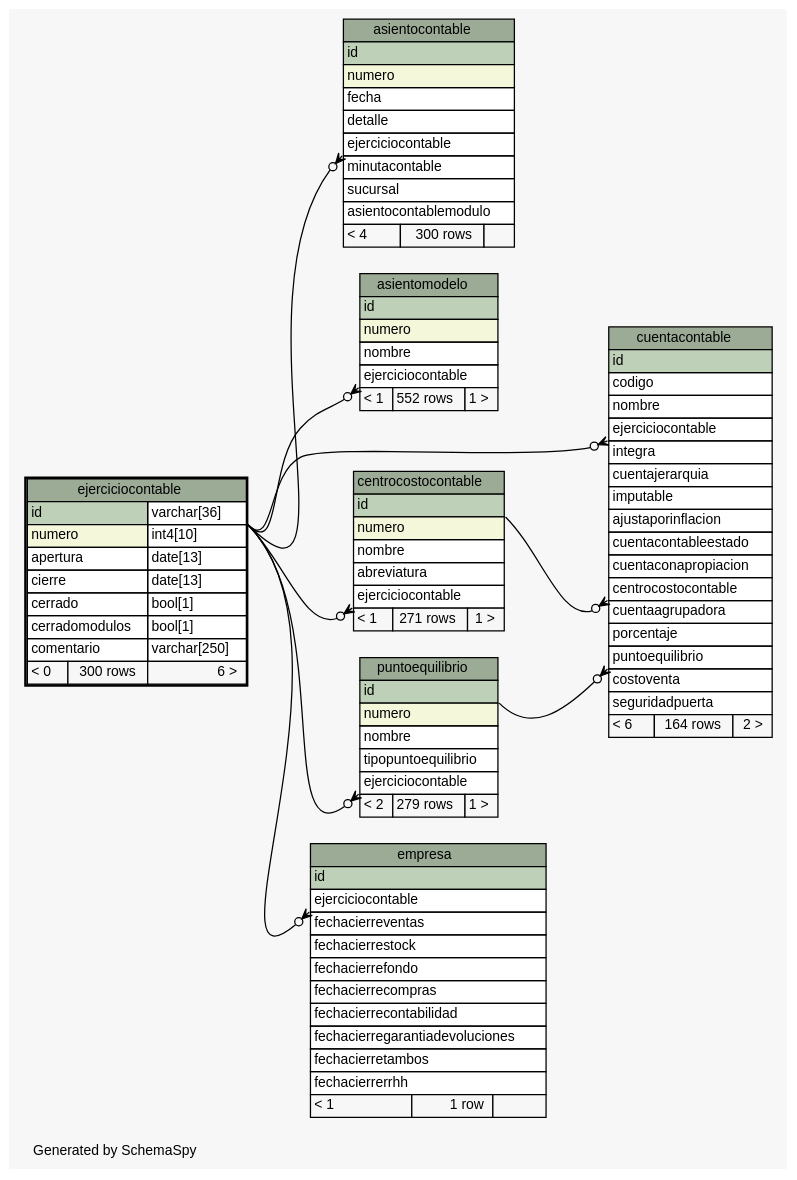
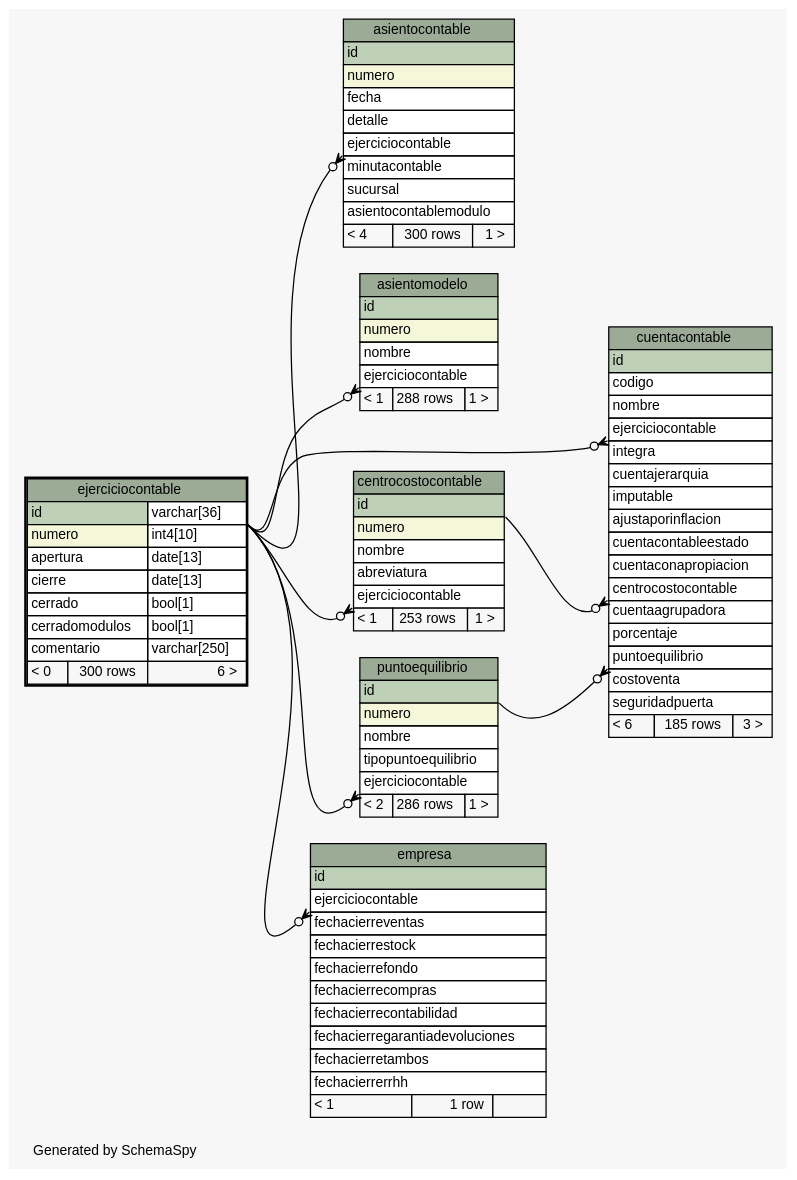
One commit to diegopablomansilla/massoftware_front changed the diagram in postgresql/schemaSpy/salida/diagrams/ejerciciocontable.1degree.dot. Above: the diagram before and after it, drawn with Graphviz. The commit also changed 546 other files, not shown here.

```diff
--- a/postgresql/schemaSpy/salida/diagrams/ejerciciocontable.1degree.dot
+++ b/postgresql/schemaSpy/salida/diagrams/ejerciciocontable.1degree.dot
@@ -1,148 +1,148 @@
 // dot 2.2.1 on Windows 10 10.0
 // SchemaSpy rev 590
 digraph "oneDegreeRelationshipsDiagram" {
   graph [
     rankdir="RL"
     bgcolor="#f7f7f7"
     label="\nGenerated by SchemaSpy"
     labeljust="l"
     nodesep="0.18"
     ranksep="0.46"
     fontname="Helvetica"
     fontsize="11"
   ];
   node [
     fontname="Helvetica"
     fontsize="11"
     shape="plaintext"
   ];
   edge [
     arrowsize="0.8"
   ];
   "asientocontable":"ejerciciocontable":sw -> "ejerciciocontable":"id.type":se [arrowhead=none dir=back arrowtail=crowodot];
   "asientomodelo":"ejerciciocontable":sw -> "ejerciciocontable":"id.type":se [arrowhead=none dir=back arrowtail=crowodot];
   "centrocostocontable":"ejerciciocontable":sw -> "ejerciciocontable":"id.type":se [arrowhead=none dir=back arrowtail=crowodot];
   "cuentacontable":"centrocostocontable":sw -> "centrocostocontable":"id":se [arrowhead=none dir=back arrowtail=crowodot];
   "cuentacontable":"ejerciciocontable":sw -> "ejerciciocontable":"id.type":se [arrowhead=none dir=back arrowtail=crowodot];
   "cuentacontable":"puntoequilibrio":sw -> "puntoequilibrio":"id":se [arrowhead=none dir=back arrowtail=crowodot];
   "empresa":"ejerciciocontable":sw -> "ejerciciocontable":"id.type":se [arrowhead=none dir=back arrowtail=crowodot];
   "puntoequilibrio":"ejerciciocontable":sw -> "ejerciciocontable":"id.type":se [arrowhead=none dir=back arrowtail=crowodot];
   "asientocontable" [
     label=<
     <TABLE BORDER="0" CELLBORDER="1" CELLSPACING="0" BGCOLOR="#ffffff">
       <TR><TD COLSPAN="3" BGCOLOR="#9bab96" ALIGN="CENTER">asientocontable</TD></TR>
       <TR><TD PORT="id" COLSPAN="3" BGCOLOR="#bed1b8" ALIGN="LEFT">id</TD></TR>
       <TR><TD PORT="numero" COLSPAN="3" BGCOLOR="#f4f7da" ALIGN="LEFT">numero</TD></TR>
       <TR><TD PORT="fecha" COLSPAN="3" ALIGN="LEFT">fecha</TD></TR>
       <TR><TD PORT="detalle" COLSPAN="3" ALIGN="LEFT">detalle</TD></TR>
       <TR><TD PORT="ejerciciocontable" COLSPAN="3" ALIGN="LEFT">ejerciciocontable</TD></TR>
       <TR><TD PORT="minutacontable" COLSPAN="3" ALIGN="LEFT">minutacontable</TD></TR>
       <TR><TD PORT="sucursal" COLSPAN="3" ALIGN="LEFT">sucursal</TD></TR>
       <TR><TD PORT="asientocontablemodulo" COLSPAN="3" ALIGN="LEFT">asientocontablemodulo</TD></TR>
-      <TR><TD ALIGN="LEFT" BGCOLOR="#f7f7f7">&lt; 4</TD><TD ALIGN="RIGHT" BGCOLOR="#f7f7f7">300 rows</TD><TD ALIGN="RIGHT" BGCOLOR="#f7f7f7">  </TD></TR>
+      <TR><TD ALIGN="LEFT" BGCOLOR="#f7f7f7">&lt; 4</TD><TD ALIGN="RIGHT" BGCOLOR="#f7f7f7">300 rows</TD><TD ALIGN="RIGHT" BGCOLOR="#f7f7f7">1 &gt;</TD></TR>
     </TABLE>>
     URL="asientocontable.html"
     tooltip="asientocontable"
   ];
   "asientomodelo" [
     label=<
     <TABLE BORDER="0" CELLBORDER="1" CELLSPACING="0" BGCOLOR="#ffffff">
       <TR><TD COLSPAN="3" BGCOLOR="#9bab96" ALIGN="CENTER">asientomodelo</TD></TR>
       <TR><TD PORT="id" COLSPAN="3" BGCOLOR="#bed1b8" ALIGN="LEFT">id</TD></TR>
       <TR><TD PORT="numero" COLSPAN="3" BGCOLOR="#f4f7da" ALIGN="LEFT">numero</TD></TR>
       <TR><TD PORT="nombre" COLSPAN="3" ALIGN="LEFT">nombre</TD></TR>
       <TR><TD PORT="ejerciciocontable" COLSPAN="3" ALIGN="LEFT">ejerciciocontable</TD></TR>
-      <TR><TD ALIGN="LEFT" BGCOLOR="#f7f7f7">&lt; 1</TD><TD ALIGN="RIGHT" BGCOLOR="#f7f7f7">552 rows</TD><TD ALIGN="RIGHT" BGCOLOR="#f7f7f7">1 &gt;</TD></TR>
+      <TR><TD ALIGN="LEFT" BGCOLOR="#f7f7f7">&lt; 1</TD><TD ALIGN="RIGHT" BGCOLOR="#f7f7f7">288 rows</TD><TD ALIGN="RIGHT" BGCOLOR="#f7f7f7">1 &gt;</TD></TR>
     </TABLE>>
     URL="asientomodelo.html"
     tooltip="asientomodelo"
   ];
   "centrocostocontable" [
     label=<
     <TABLE BORDER="0" CELLBORDER="1" CELLSPACING="0" BGCOLOR="#ffffff">
       <TR><TD COLSPAN="3" BGCOLOR="#9bab96" ALIGN="CENTER">centrocostocontable</TD></TR>
       <TR><TD PORT="id" COLSPAN="3" BGCOLOR="#bed1b8" ALIGN="LEFT">id</TD></TR>
       <TR><TD PORT="numero" COLSPAN="3" BGCOLOR="#f4f7da" ALIGN="LEFT">numero</TD></TR>
       <TR><TD PORT="nombre" COLSPAN="3" ALIGN="LEFT">nombre</TD></TR>
       <TR><TD PORT="abreviatura" COLSPAN="3" ALIGN="LEFT">abreviatura</TD></TR>
       <TR><TD PORT="ejerciciocontable" COLSPAN="3" ALIGN="LEFT">ejerciciocontable</TD></TR>
-      <TR><TD ALIGN="LEFT" BGCOLOR="#f7f7f7">&lt; 1</TD><TD ALIGN="RIGHT" BGCOLOR="#f7f7f7">271 rows</TD><TD ALIGN="RIGHT" BGCOLOR="#f7f7f7">1 &gt;</TD></TR>
+      <TR><TD ALIGN="LEFT" BGCOLOR="#f7f7f7">&lt; 1</TD><TD ALIGN="RIGHT" BGCOLOR="#f7f7f7">253 rows</TD><TD ALIGN="RIGHT" BGCOLOR="#f7f7f7">1 &gt;</TD></TR>
     </TABLE>>
     URL="centrocostocontable.html"
     tooltip="centrocostocontable"
   ];
   "cuentacontable" [
     label=<
     <TABLE BORDER="0" CELLBORDER="1" CELLSPACING="0" BGCOLOR="#ffffff">
       <TR><TD COLSPAN="3" BGCOLOR="#9bab96" ALIGN="CENTER">cuentacontable</TD></TR>
       <TR><TD PORT="id" COLSPAN="3" BGCOLOR="#bed1b8" ALIGN="LEFT">id</TD></TR>
       <TR><TD PORT="codigo" COLSPAN="3" ALIGN="LEFT">codigo</TD></TR>
       <TR><TD PORT="nombre" COLSPAN="3" ALIGN="LEFT">nombre</TD></TR>
       <TR><TD PORT="ejerciciocontable" COLSPAN="3" ALIGN="LEFT">ejerciciocontable</TD></TR>
       <TR><TD PORT="integra" COLSPAN="3" ALIGN="LEFT">integra</TD></TR>
       <TR><TD PORT="cuentajerarquia" COLSPAN="3" ALIGN="LEFT">cuentajerarquia</TD></TR>
       <TR><TD PORT="imputable" COLSPAN="3" ALIGN="LEFT">imputable</TD></TR>
       <TR><TD PORT="ajustaporinflacion" COLSPAN="3" ALIGN="LEFT">ajustaporinflacion</TD></TR>
       <TR><TD PORT="cuentacontableestado" COLSPAN="3" ALIGN="LEFT">cuentacontableestado</TD></TR>
       <TR><TD PORT="cuentaconapropiacion" COLSPAN="3" ALIGN="LEFT">cuentaconapropiacion</TD></TR>
       <TR><TD PORT="centrocostocontable" COLSPAN="3" ALIGN="LEFT">centrocostocontable</TD></TR>
       <TR><TD PORT="cuentaagrupadora" COLSPAN="3" ALIGN="LEFT">cuentaagrupadora</TD></TR>
       <TR><TD PORT="porcentaje" COLSPAN="3" ALIGN="LEFT">porcentaje</TD></TR>
       <TR><TD PORT="puntoequilibrio" COLSPAN="3" ALIGN="LEFT">puntoequilibrio</TD></TR>
       <TR><TD PORT="costoventa" COLSPAN="3" ALIGN="LEFT">costoventa</TD></TR>
       <TR><TD PORT="seguridadpuerta" COLSPAN="3" ALIGN="LEFT">seguridadpuerta</TD></TR>
-      <TR><TD ALIGN="LEFT" BGCOLOR="#f7f7f7">&lt; 6</TD><TD ALIGN="RIGHT" BGCOLOR="#f7f7f7">164 rows</TD><TD ALIGN="RIGHT" BGCOLOR="#f7f7f7">2 &gt;</TD></TR>
+      <TR><TD ALIGN="LEFT" BGCOLOR="#f7f7f7">&lt; 6</TD><TD ALIGN="RIGHT" BGCOLOR="#f7f7f7">185 rows</TD><TD ALIGN="RIGHT" BGCOLOR="#f7f7f7">3 &gt;</TD></TR>
     </TABLE>>
     URL="cuentacontable.html"
     tooltip="cuentacontable"
   ];
   "ejerciciocontable" [
     label=<
     <TABLE BORDER="2" CELLBORDER="1" CELLSPACING="0" BGCOLOR="#ffffff">
       <TR><TD COLSPAN="3" BGCOLOR="#9bab96" ALIGN="CENTER">ejerciciocontable</TD></TR>
       <TR><TD PORT="id" COLSPAN="2" BGCOLOR="#bed1b8" ALIGN="LEFT">id</TD><TD PORT="id.type" ALIGN="LEFT">varchar[36]</TD></TR>
       <TR><TD PORT="numero" COLSPAN="2" BGCOLOR="#f4f7da" ALIGN="LEFT">numero</TD><TD PORT="numero.type" ALIGN="LEFT">int4[10]</TD></TR>
       <TR><TD PORT="apertura" COLSPAN="2" ALIGN="LEFT">apertura</TD><TD PORT="apertura.type" ALIGN="LEFT">date[13]</TD></TR>
       <TR><TD PORT="cierre" COLSPAN="2" ALIGN="LEFT">cierre</TD><TD PORT="cierre.type" ALIGN="LEFT">date[13]</TD></TR>
       <TR><TD PORT="cerrado" COLSPAN="2" ALIGN="LEFT">cerrado</TD><TD PORT="cerrado.type" ALIGN="LEFT">bool[1]</TD></TR>
       <TR><TD PORT="cerradomodulos" COLSPAN="2" ALIGN="LEFT">cerradomodulos</TD><TD PORT="cerradomodulos.type" ALIGN="LEFT">bool[1]</TD></TR>
       <TR><TD PORT="comentario" COLSPAN="2" ALIGN="LEFT">comentario</TD><TD PORT="comentario.type" ALIGN="LEFT">varchar[250]</TD></TR>
       <TR><TD ALIGN="LEFT" BGCOLOR="#f7f7f7">&lt; 0</TD><TD ALIGN="RIGHT" BGCOLOR="#f7f7f7">300 rows</TD><TD ALIGN="RIGHT" BGCOLOR="#f7f7f7">6 &gt;</TD></TR>
     </TABLE>>
     URL="ejerciciocontable.html"
     tooltip="ejerciciocontable"
   ];
   "empresa" [
     label=<
     <TABLE BORDER="0" CELLBORDER="1" CELLSPACING="0" BGCOLOR="#ffffff">
       <TR><TD COLSPAN="3" BGCOLOR="#9bab96" ALIGN="CENTER">empresa</TD></TR>
       <TR><TD PORT="id" COLSPAN="3" BGCOLOR="#bed1b8" ALIGN="LEFT">id</TD></TR>
       <TR><TD PORT="ejerciciocontable" COLSPAN="3" ALIGN="LEFT">ejerciciocontable</TD></TR>
       <TR><TD PORT="fechacierreventas" COLSPAN="3" ALIGN="LEFT">fechacierreventas</TD></TR>
       <TR><TD PORT="fechacierrestock" COLSPAN="3" ALIGN="LEFT">fechacierrestock</TD></TR>
       <TR><TD PORT="fechacierrefondo" COLSPAN="3" ALIGN="LEFT">fechacierrefondo</TD></TR>
       <TR><TD PORT="fechacierrecompras" COLSPAN="3" ALIGN="LEFT">fechacierrecompras</TD></TR>
       <TR><TD PORT="fechacierrecontabilidad" COLSPAN="3" ALIGN="LEFT">fechacierrecontabilidad</TD></TR>
       <TR><TD PORT="fechacierregarantiadevoluciones" COLSPAN="3" ALIGN="LEFT">fechacierregarantiadevoluciones</TD></TR>
       <TR><TD PORT="fechacierretambos" COLSPAN="3" ALIGN="LEFT">fechacierretambos</TD></TR>
       <TR><TD PORT="fechacierrerrhh" COLSPAN="3" ALIGN="LEFT">fechacierrerrhh</TD></TR>
       <TR><TD ALIGN="LEFT" BGCOLOR="#f7f7f7">&lt; 1</TD><TD ALIGN="RIGHT" BGCOLOR="#f7f7f7">1 row</TD><TD ALIGN="RIGHT" BGCOLOR="#f7f7f7">  </TD></TR>
     </TABLE>>
     URL="empresa.html"
     tooltip="empresa"
   ];
   "puntoequilibrio" [
     label=<
     <TABLE BORDER="0" CELLBORDER="1" CELLSPACING="0" BGCOLOR="#ffffff">
       <TR><TD COLSPAN="3" BGCOLOR="#9bab96" ALIGN="CENTER">puntoequilibrio</TD></TR>
       <TR><TD PORT="id" COLSPAN="3" BGCOLOR="#bed1b8" ALIGN="LEFT">id</TD></TR>
       <TR><TD PORT="numero" COLSPAN="3" BGCOLOR="#f4f7da" ALIGN="LEFT">numero</TD></TR>
       <TR><TD PORT="nombre" COLSPAN="3" ALIGN="LEFT">nombre</TD></TR>
       <TR><TD PORT="tipopuntoequilibrio" COLSPAN="3" ALIGN="LEFT">tipopuntoequilibrio</TD></TR>
       <TR><TD PORT="ejerciciocontable" COLSPAN="3" ALIGN="LEFT">ejerciciocontable</TD></TR>
-      <TR><TD ALIGN="LEFT" BGCOLOR="#f7f7f7">&lt; 2</TD><TD ALIGN="RIGHT" BGCOLOR="#f7f7f7">279 rows</TD><TD ALIGN="RIGHT" BGCOLOR="#f7f7f7">1 &gt;</TD></TR>
+      <TR><TD ALIGN="LEFT" BGCOLOR="#f7f7f7">&lt; 2</TD><TD ALIGN="RIGHT" BGCOLOR="#f7f7f7">286 rows</TD><TD ALIGN="RIGHT" BGCOLOR="#f7f7f7">1 &gt;</TD></TR>
     </TABLE>>
     URL="puntoequilibrio.html"
     tooltip="puntoequilibrio"
   ];
 }
```
